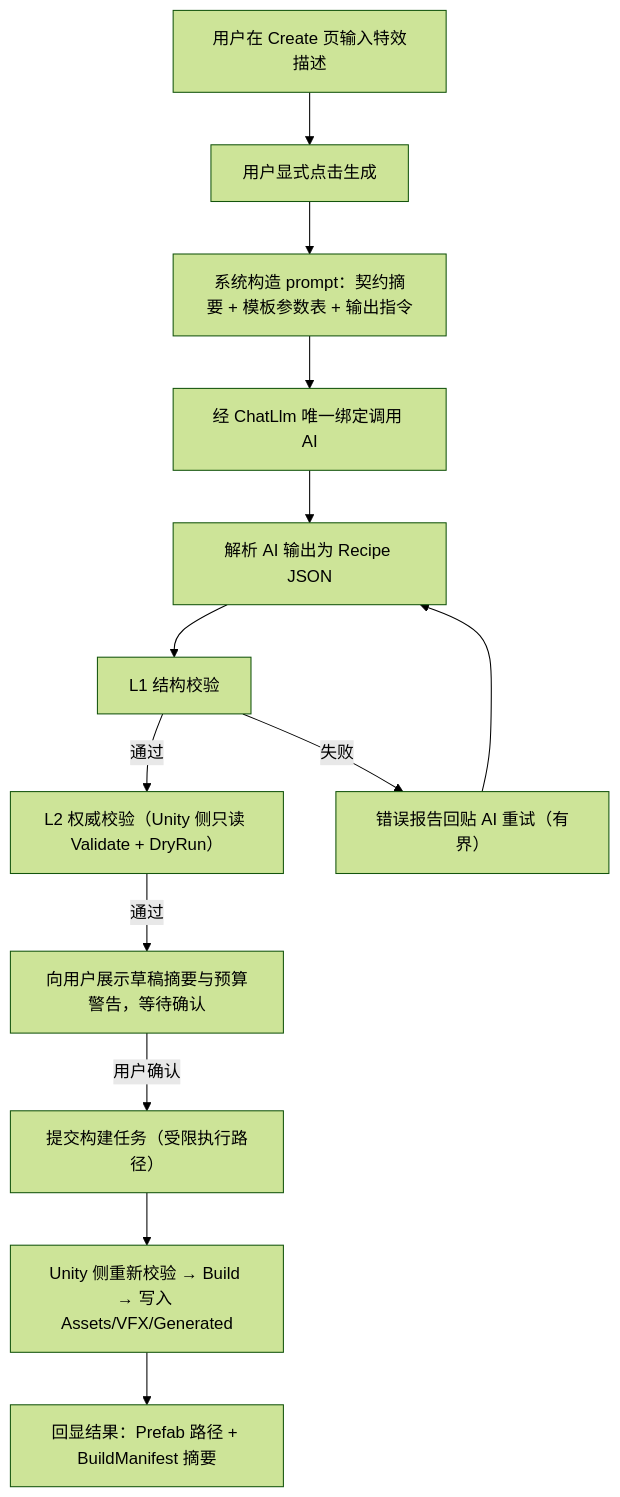
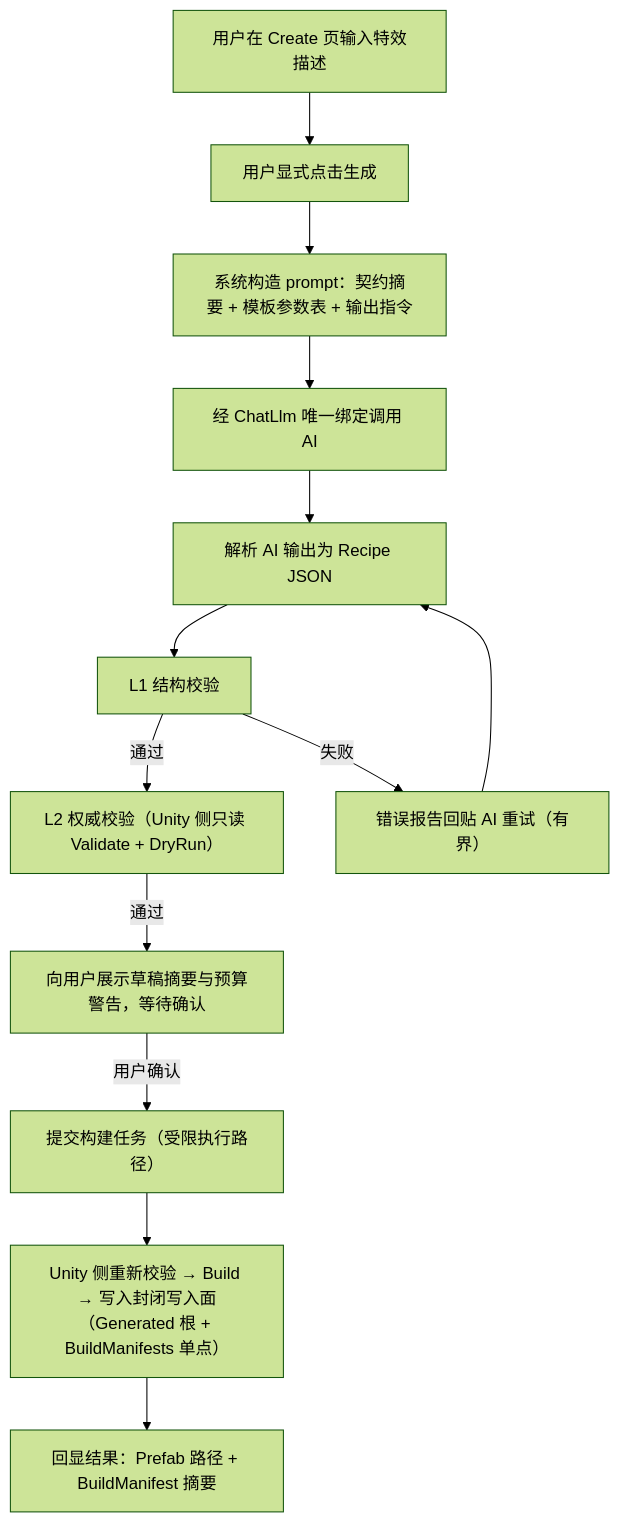
One commit to snowpeak008/image_to_effect changed the diagram in docs/requirements/REQ-001_CHAT_TO_VFX.md. Above: the diagram before and after it, drawn with Mermaid (forest theme). The commit also changed other lines of this file and 5 other files, not shown here.

````diff
--- a/docs/requirements/REQ-001_CHAT_TO_VFX.md
+++ b/docs/requirements/REQ-001_CHAT_TO_VFX.md
@@ -54,15 +54,15 @@
 ```mermaid
 flowchart TD
   A["用户在 Create 页输入特效描述"] --> B["用户显式点击生成"]
   B --> C["系统构造 prompt：契约摘要 + 模板参数表 + 输出指令"]
   C --> D["经 ChatLlm 唯一绑定调用 AI"]
   D --> E["解析 AI 输出为 Recipe JSON"]
   E --> F["L1 结构校验"]
   F -->|通过| G["L2 权威校验（Unity 侧只读 Validate + DryRun）"]
   G -->|通过| H["向用户展示草稿摘要与预算警告，等待确认"]
   H -->|用户确认| I["提交构建任务（受限执行路径）"]
-  I --> J["Unity 侧重新校验 → Build → 写入 Assets/VFX/Generated"]
+  I --> J["Unity 侧重新校验 → Build → 写入封闭写入面（Generated 根 + BuildManifests 单点）"]
   J --> K["回显结果：Prefab 路径 + BuildManifest 摘要"]
   F -->|失败| R["错误报告回贴 AI 重试（有界）"]
   R --> E
 ```
````
